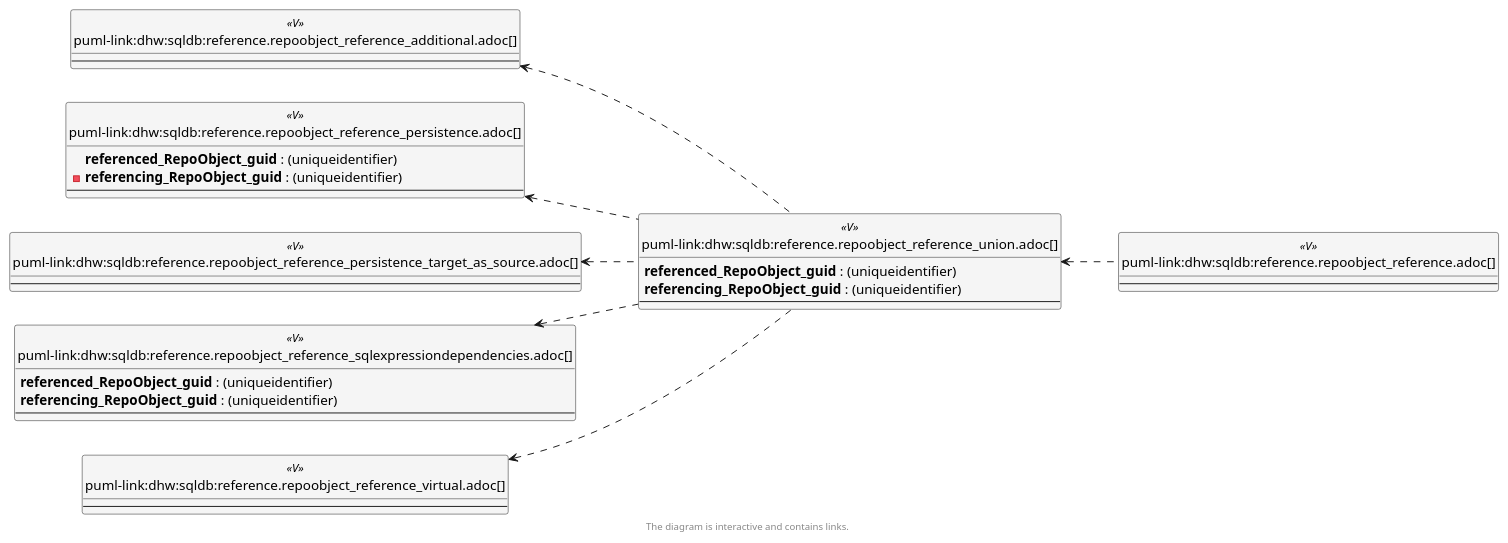
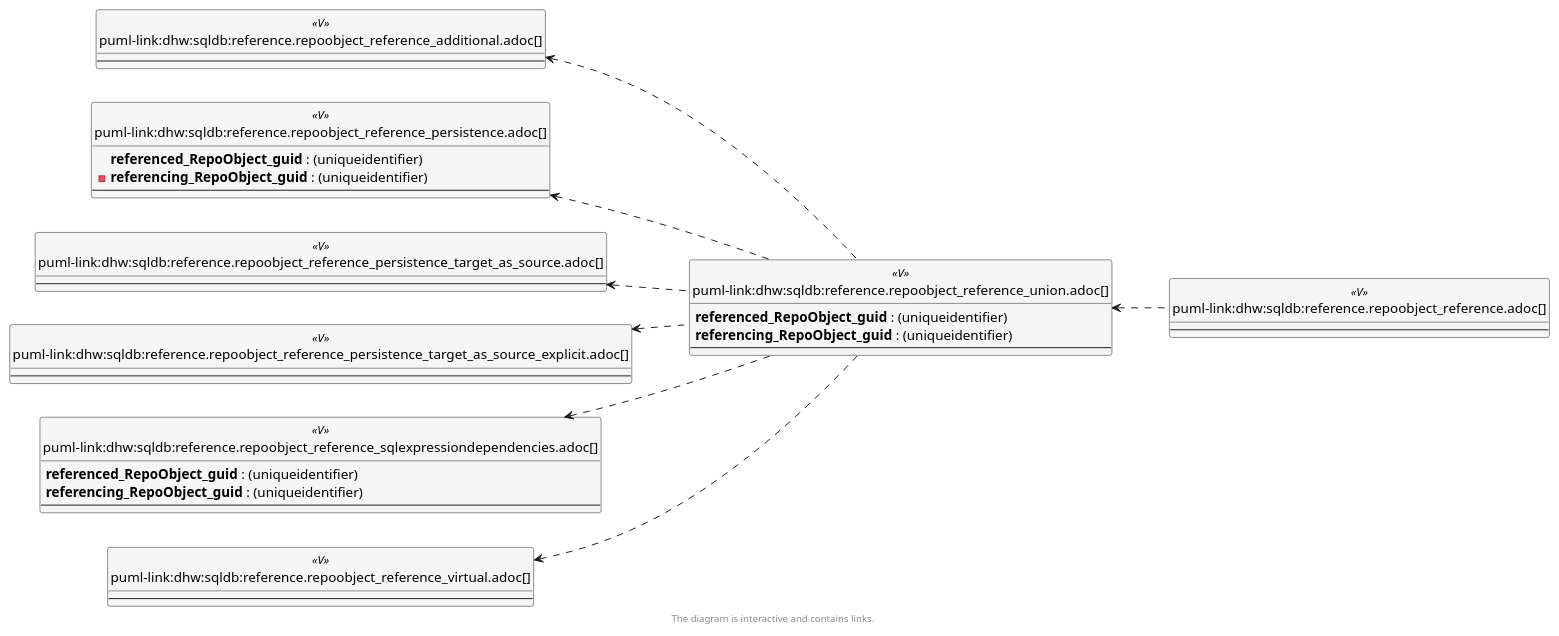
One commit to DataHandwerk/dhw-antora-sqldb changed the third of 6 diagrams in docs/modules/sqldb/partials/content/reference.repoobject_reference_union.adoc. Above: the diagram before and after it, drawn with PlantUML. The commit also changed other lines of this file and 751 other files, not shown here.

```diff
--- a/docs/modules/sqldb/partials/content/reference.repoobject_reference_union.adoc
+++ b/docs/modules/sqldb/partials/content/reference.repoobject_reference_union.adoc
@@ -962,75 +964,80 @@
 [plantuml, entity_1_1_objectref-{docname}, svg, subs=macros]
 ....
 @startuml
 left to right direction
 'top to bottom direction
 hide circle
 'avoide "." issues:
 set namespaceSeparator none
 
 
 skinparam class {
   BackgroundColor White
   BackgroundColor<<FN>> Yellow
   BackgroundColor<<FS>> Yellow
   BackgroundColor<<FT>> LightGray
   BackgroundColor<<IF>> Yellow
   BackgroundColor<<IS>> Yellow
   BackgroundColor<<P>>  Aqua
   BackgroundColor<<PC>> Aqua
   BackgroundColor<<SN>> Yellow
   BackgroundColor<<SO>> SlateBlue
   BackgroundColor<<TF>> LightGray
   BackgroundColor<<TR>> Tomato
   BackgroundColor<<U>>  White
   BackgroundColor<<V>>  WhiteSmoke
   BackgroundColor<<X>>  Aqua
   BackgroundColor<<external>> AliceBlue
 }
 
 
 entity "puml-link:dhw:sqldb:reference.repoobject_reference.adoc[]" as reference.RepoObject_reference << V >> {
   --
 }
 
 entity "puml-link:dhw:sqldb:reference.repoobject_reference_additional.adoc[]" as reference.RepoObject_reference_additional << V >> {
   --
 }
 
 entity "puml-link:dhw:sqldb:reference.repoobject_reference_persistence.adoc[]" as reference.RepoObject_reference_persistence << V >> {
   **referenced_RepoObject_guid** : (uniqueidentifier)
   - **referencing_RepoObject_guid** : (uniqueidentifier)
   --
 }
 
 entity "puml-link:dhw:sqldb:reference.repoobject_reference_persistence_target_as_source.adoc[]" as reference.RepoObject_reference_persistence_target_as_source << V >> {
   --
 }
 
+entity "puml-link:dhw:sqldb:reference.repoobject_reference_persistence_target_as_source_explicit.adoc[]" as reference.RepoObject_reference_persistence_target_as_source_explicit << V >> {
+  --
+}
+
 entity "puml-link:dhw:sqldb:reference.repoobject_reference_sqlexpressiondependencies.adoc[]" as reference.RepoObject_reference_SqlExpressionDependencies << V >> {
   **referenced_RepoObject_guid** : (uniqueidentifier)
   **referencing_RepoObject_guid** : (uniqueidentifier)
   --
 }
 
 entity "puml-link:dhw:sqldb:reference.repoobject_reference_union.adoc[]" as reference.RepoObject_reference_union << V >> {
   **referenced_RepoObject_guid** : (uniqueidentifier)
   **referencing_RepoObject_guid** : (uniqueidentifier)
   --
 }
 
 entity "puml-link:dhw:sqldb:reference.repoobject_reference_virtual.adoc[]" as reference.RepoObject_reference_virtual << V >> {
   --
 }
 
 reference.RepoObject_reference_additional <.. reference.RepoObject_reference_union
 reference.RepoObject_reference_persistence <.. reference.RepoObject_reference_union
 reference.RepoObject_reference_persistence_target_as_source <.. reference.RepoObject_reference_union
+reference.RepoObject_reference_persistence_target_as_source_explicit <.. reference.RepoObject_reference_union
 reference.RepoObject_reference_SqlExpressionDependencies <.. reference.RepoObject_reference_union
 reference.RepoObject_reference_union <.. reference.RepoObject_reference
 reference.RepoObject_reference_virtual <.. reference.RepoObject_reference_union
 
 footer The diagram is interactive and contains links.
 
 @enduml
 ....
```
